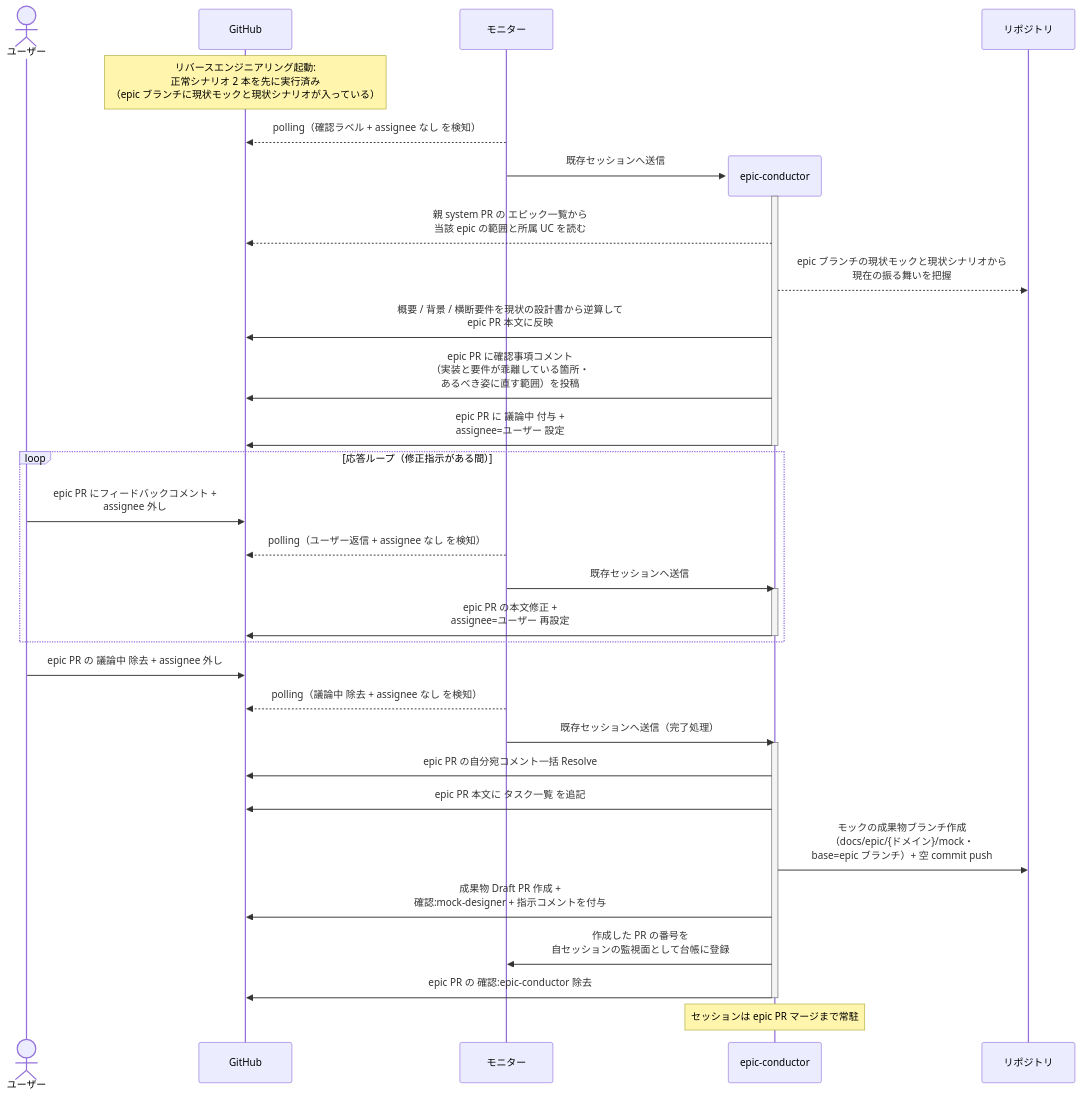
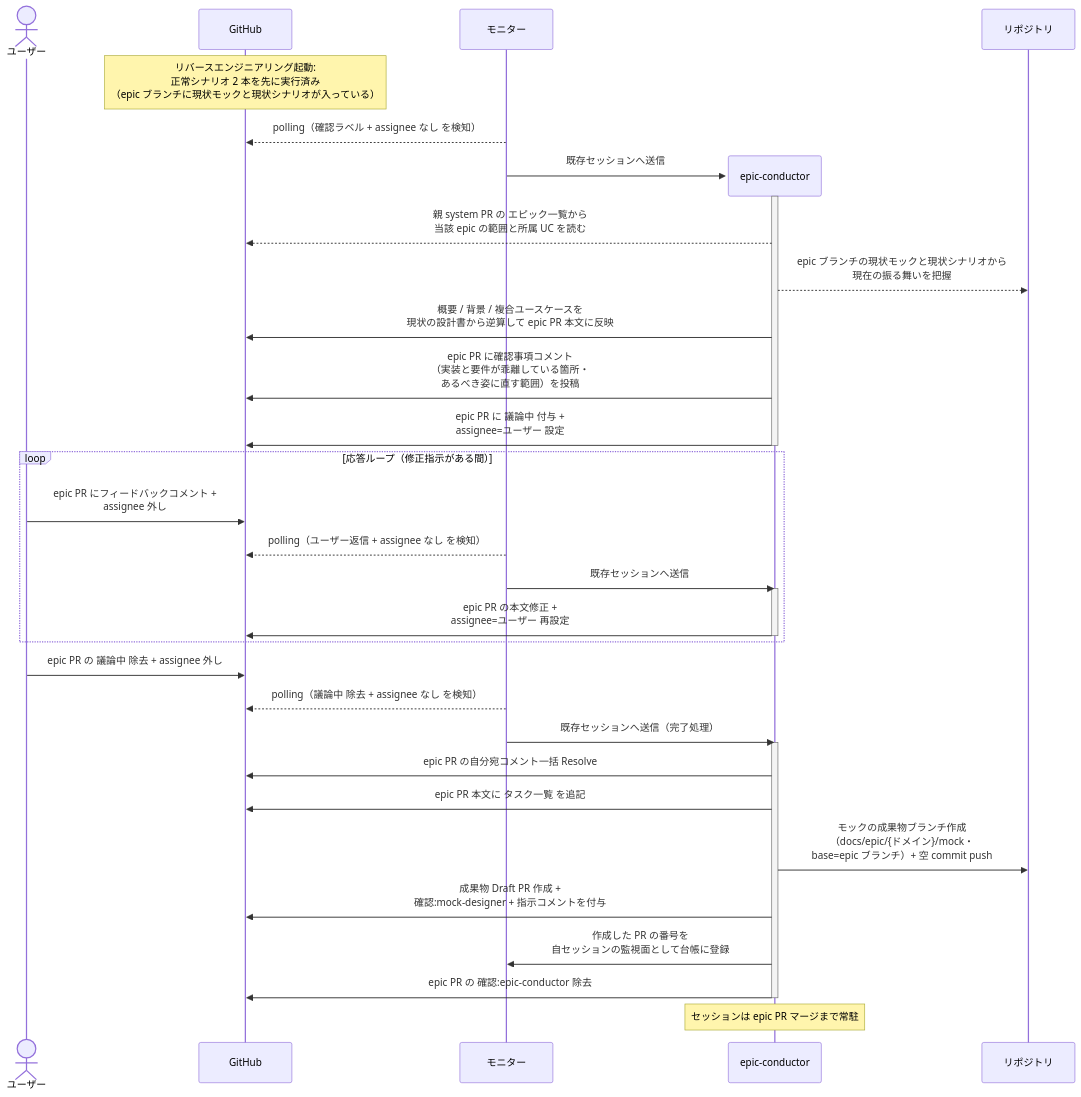
The fifth of 5 diagrams in docs/wiki/設計図/シナリオ/単一ユースケース/epic要件確定.md (shuhei1101/ai-monitor), drawn with Mermaid before and after one commit. The commit also changed other lines of this file and 1 other file, not shown here.

````diff
--- a/docs/wiki/設計図/シナリオ/単一ユースケース/epic要件確定.md
+++ b/docs/wiki/設計図/シナリオ/単一ユースケース/epic要件確定.md
@@ -238,41 +240,41 @@
 ```mermaid
 sequenceDiagram
   actor U as ユーザー
   participant GH as GitHub
   participant ORC as モニター
 
   Note over GH: リバースエンジニアリング起動:<br>正常シナリオ 2 本を先に実行済み<br>（epic ブランチに現状モックと現状シナリオが入っている）
   ORC-->>GH: polling（確認ラベル + assignee なし を検知）
   create participant MON as epic-conductor
   ORC->>MON: 既存セッションへ送信
   participant REPO as リポジトリ
   activate MON
   MON-->>GH: 親 system PR の エピック一覧から<br>当該 epic の範囲と所属 UC を読む
   MON-->>REPO: epic ブランチの現状モックと現状シナリオから<br>現在の振る舞いを把握
-  MON->>GH: 概要 / 背景 / 横断要件を現状の設計書から逆算して<br>epic PR 本文に反映
+  MON->>GH: 概要 / 背景 / 複合ユースケースを<br>現状の設計書から逆算して epic PR 本文に反映
   MON->>GH: epic PR に確認事項コメント<br>（実装と要件が乖離している箇所・<br>あるべき姿に直す範囲）を投稿
   MON->>GH: epic PR に 議論中 付与 +<br>assignee=ユーザー 設定
   deactivate MON
 
   loop 応答ループ（修正指示がある間）
     U->>GH: epic PR にフィードバックコメント +<br>assignee 外し
     ORC-->>GH: polling（ユーザー返信 + assignee なし を検知）
     ORC->>MON: 既存セッションへ送信
     activate MON
     MON->>GH: epic PR の本文修正 +<br>assignee=ユーザー 再設定
     deactivate MON
   end
 
   U->>GH: epic PR の 議論中 除去 + assignee 外し
   ORC-->>GH: polling（議論中 除去 + assignee なし を検知）
   ORC->>MON: 既存セッションへ送信（完了処理）
   activate MON
   MON->>GH: epic PR の自分宛コメント一括 Resolve
   MON->>GH: epic PR 本文に タスク一覧 を追記
   MON->>REPO: モックの成果物ブランチ作成<br>（docs/epic/{ドメイン}/mock・<br>base=epic ブランチ）+ 空 commit push
   MON->>GH: 成果物 Draft PR 作成 +<br>確認:mock-designer + 指示コメントを付与
   MON->>ORC: 作成した PR の番号を<br>自セッションの監視面として台帳に登録
   MON->>GH: epic PR の 確認:epic-conductor 除去
   deactivate MON
   Note over MON: セッションは epic PR マージまで常駐
 ```
````
